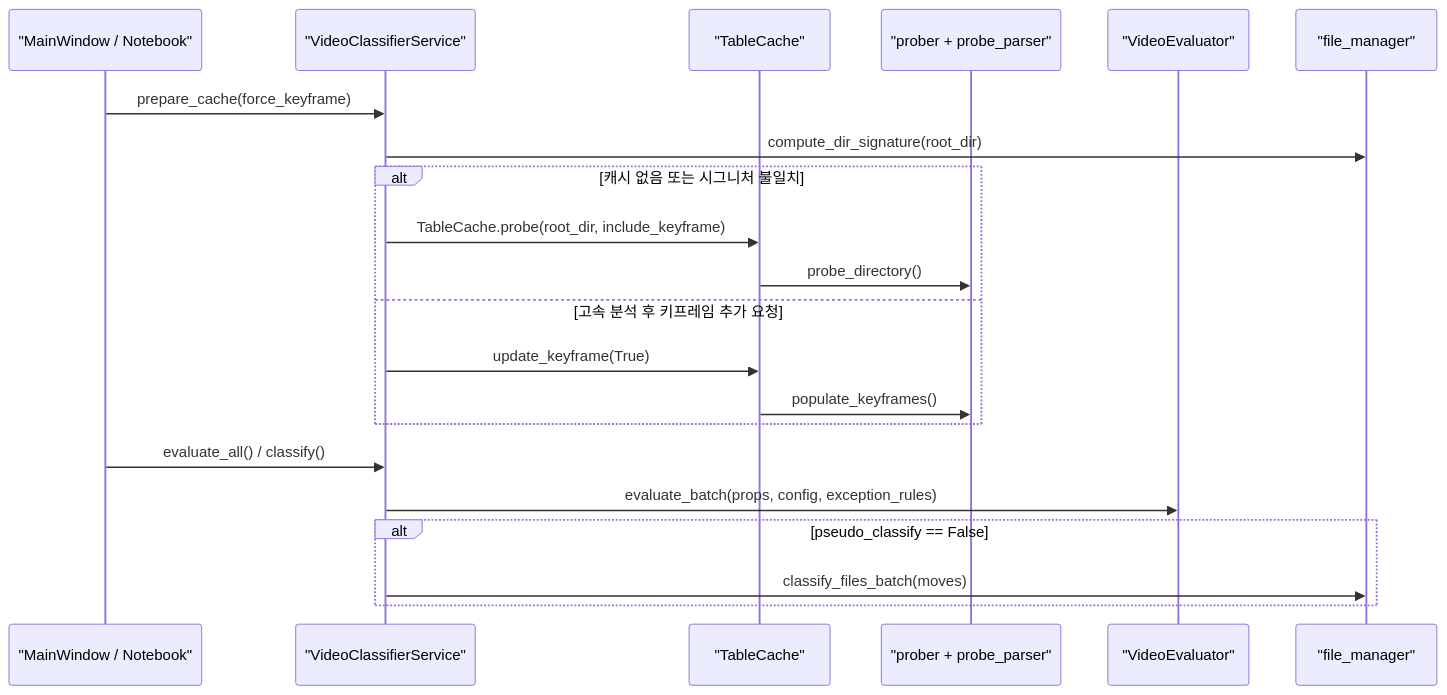
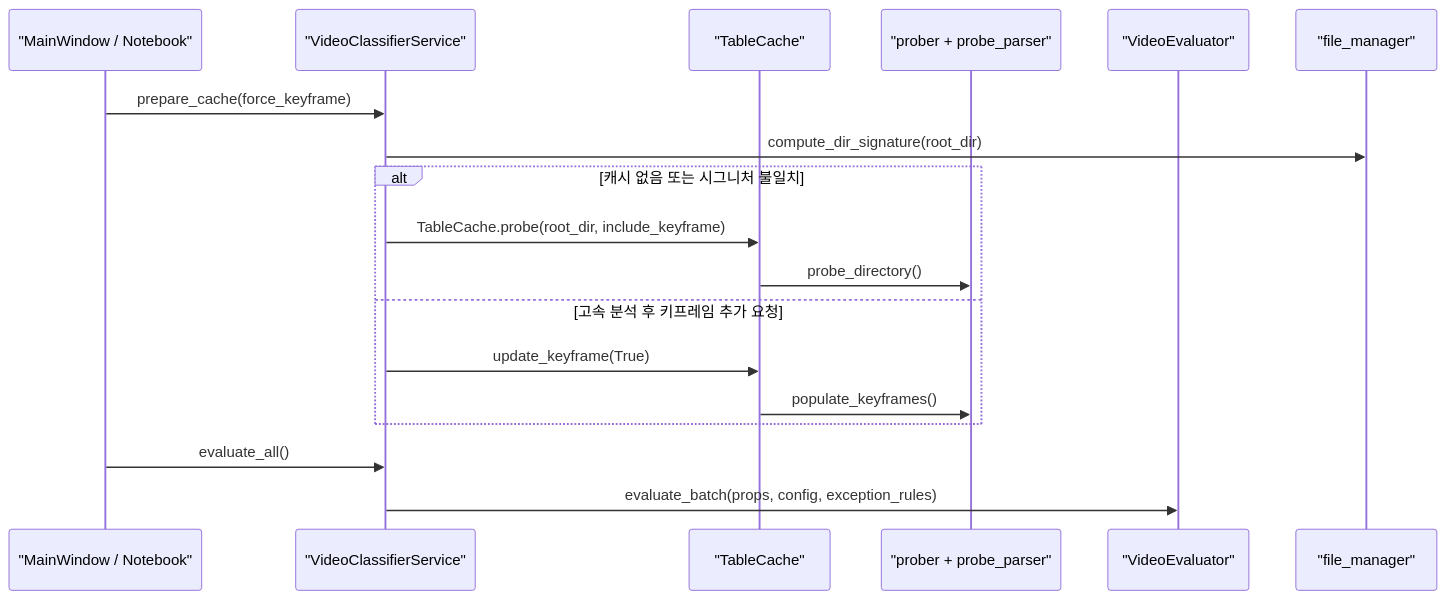
One commit to signal1310/video_scripts changed the second of 2 diagrams in ARCHITECTURE.md. Above: the diagram before and after it, drawn with Mermaid. The commit also changed other lines of this file and 124 other files, not shown here.

````diff
--- a/ARCHITECTURE.md
+++ b/ARCHITECTURE.md
@@ -135,24 +134,21 @@
 ```mermaid
 sequenceDiagram
     participant UI as "MainWindow / Notebook"
     participant Service as "VideoClassifierService"
     participant Cache as "TableCache"
     participant Prober as "prober + probe_parser"
     participant Eval as "VideoEvaluator"
     participant FS as "file_manager"
 
     UI->>Service: prepare_cache(force_keyframe)
     Service->>FS: compute_dir_signature(root_dir)
     alt 캐시 없음 또는 시그니처 불일치
         Service->>Cache: TableCache.probe(root_dir, include_keyframe)
         Cache->>Prober: probe_directory()
     else 고속 분석 후 키프레임 추가 요청
         Service->>Cache: update_keyframe(True)
         Cache->>Prober: populate_keyframes()
     end
-    UI->>Service: evaluate_all() / classify()
+    UI->>Service: evaluate_all()
     Service->>Eval: evaluate_batch(props, config, exception_rules)
-    alt pseudo_classify == False
-        Service->>FS: classify_files_batch(moves)
-    end
 ```
````
